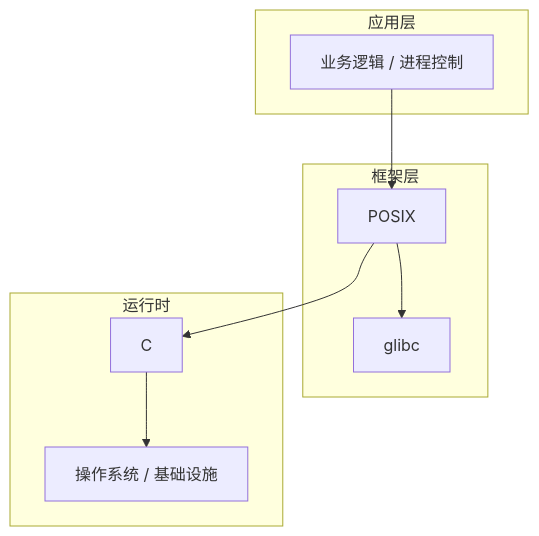
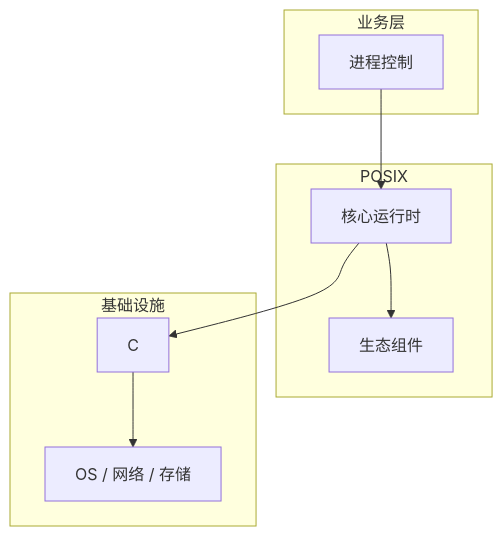
The diagram in articles/Linux系统编程/chapters/013-进程控制核心概念与原理.md (yanggan2015/knowledge-json-v2), drawn with Mermaid before and after one commit. The commit also changed other lines of this file and 10127 other files, not shown here.

````diff
--- a/articles/Linux系统编程/chapters/013-进程控制核心概念与原理.md
+++ b/articles/Linux系统编程/chapters/013-进程控制核心概念与原理.md
@@ -45,18 +34,18 @@
 ```mermaid
 graph TB
-    subgraph 应用层
-        A[业务逻辑 / 进程控制]
+    subgraph 业务层
+        A[进程控制]
     end
-    subgraph 框架层
-        B[POSIX]
-        C[glibc]
+    subgraph POSIX
+        B[核心运行时]
+        C[生态组件]
     end
-    subgraph 运行时
+    subgraph 基础设施
         D[C]
-        E[操作系统 / 基础设施]
+        E[OS / 网络 / 存储]
     end
     A --> B
     B --> C
     B --> D
     D --> E
 ```
````
